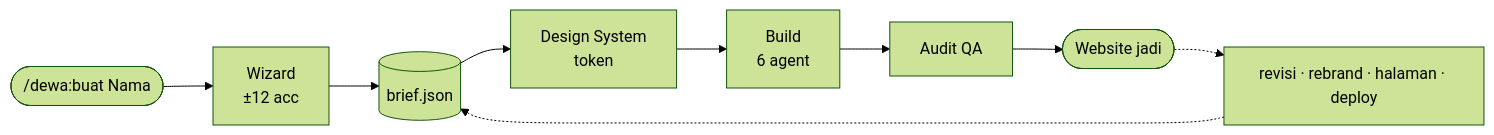
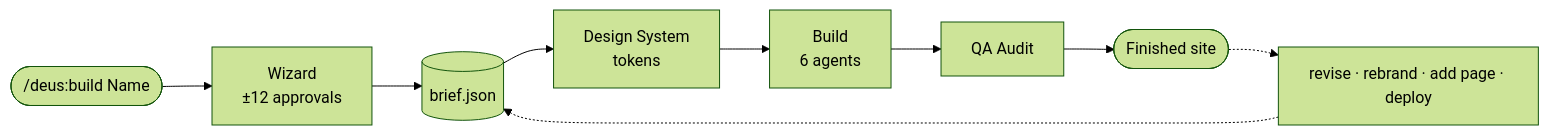
Before and after one commit to Kstriabintang/deus-factory: the diagram in README.md, drawn with Mermaid (forest theme). The commit also changed other lines of this file and 12 other files, not shown here.

Commit message:
Rebrand ke Deus + full English: rename plugin/perintah (/deus:build), repo deus-factory, README & roadmap English, banner & demo baru

````diff
--- a/README.md
+++ b/README.md
@@ -34,5 +34,5 @@
 ```mermaid
 flowchart LR
-    A(["/dewa:buat Nama"]) --> B["Wizard<br>±12 acc"] --> C[("brief.json")] --> D["Design System<br>token"] --> E["Build<br>6 agent"] --> F["Audit QA"] --> G(["Website jadi"])
-    G -.-> H["revisi · rebrand · halaman · deploy"] -.-> C
+    A(["/deus:build Name"]) --> B["Wizard<br>±12 approvals"] --> C[("brief.json")] --> D["Design System<br>tokens"] --> E["Build<br>6 agents"] --> F["QA Audit"] --> G(["Finished site"])
+    G -.-> H["revise · rebrand · add page · deploy"] -.-> C
 ```
````
